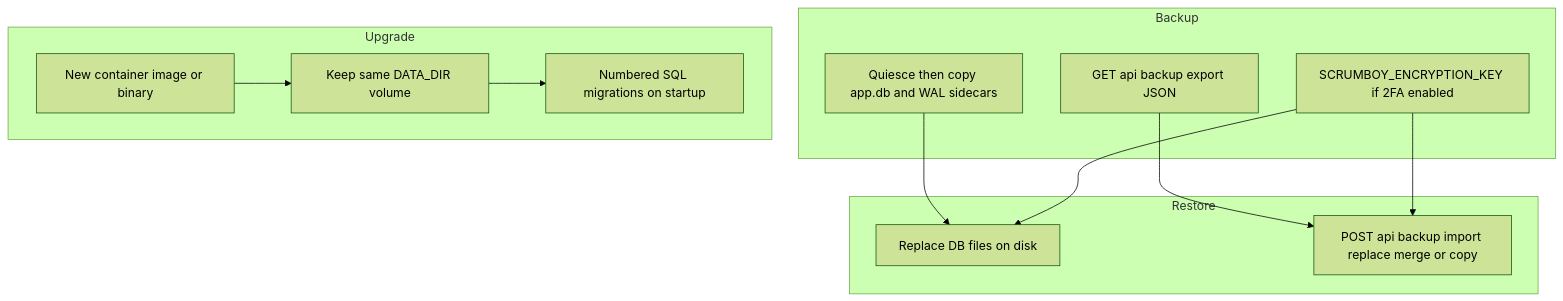
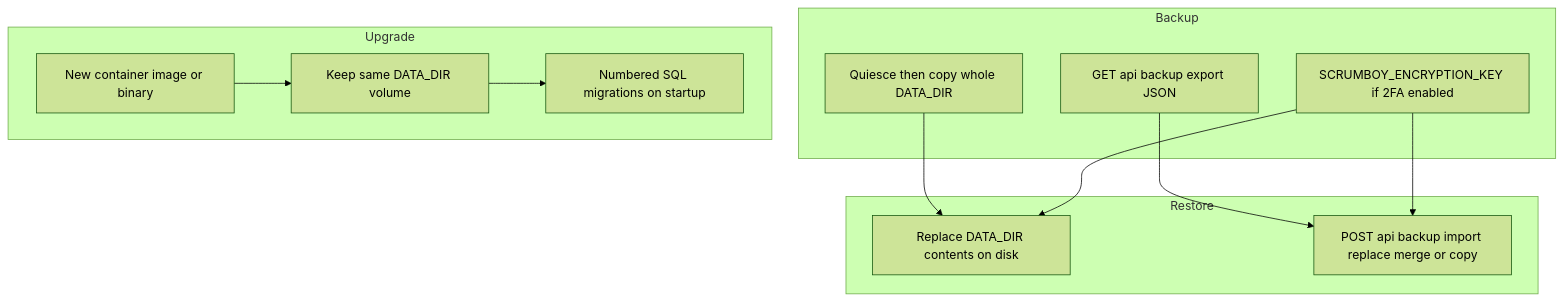
The third of 3 diagrams in docs/diagrams/scrumboy_deployment_ops.md (markrai/scrumboy), drawn with Mermaid (forest theme) before and after one commit. The commit also changed other lines of this file and 18 other files, not shown here.

````diff
--- a/docs/diagrams/scrumboy_deployment_ops.md
+++ b/docs/diagrams/scrumboy_deployment_ops.md
@@ -56,25 +62,25 @@
 ```mermaid
 flowchart TB
   subgraph backup [Backup]
-    FileCopy[Quiesce then copy app.db and WAL sidecars]
+    FileCopy[Quiesce then copy whole DATA_DIR]
     Export[GET api backup export JSON]
     Key[SCRUMBOY_ENCRYPTION_KEY if 2FA enabled]
   end
 
   subgraph restore [Restore]
-    Files[Replace DB files on disk]
+    Files[Replace DATA_DIR contents on disk]
     Import[POST api backup import replace merge or copy]
   end
 
   subgraph upgrade [Upgrade]
     NewBin[New container image or binary]
     SameData[Keep same DATA_DIR volume]
     AutoMig[Numbered SQL migrations on startup]
   end
 
   FileCopy --> Files
   Export --> Import
   Key --> Files
   Key --> Import
   NewBin --> SameData --> AutoMig
 ```
````
